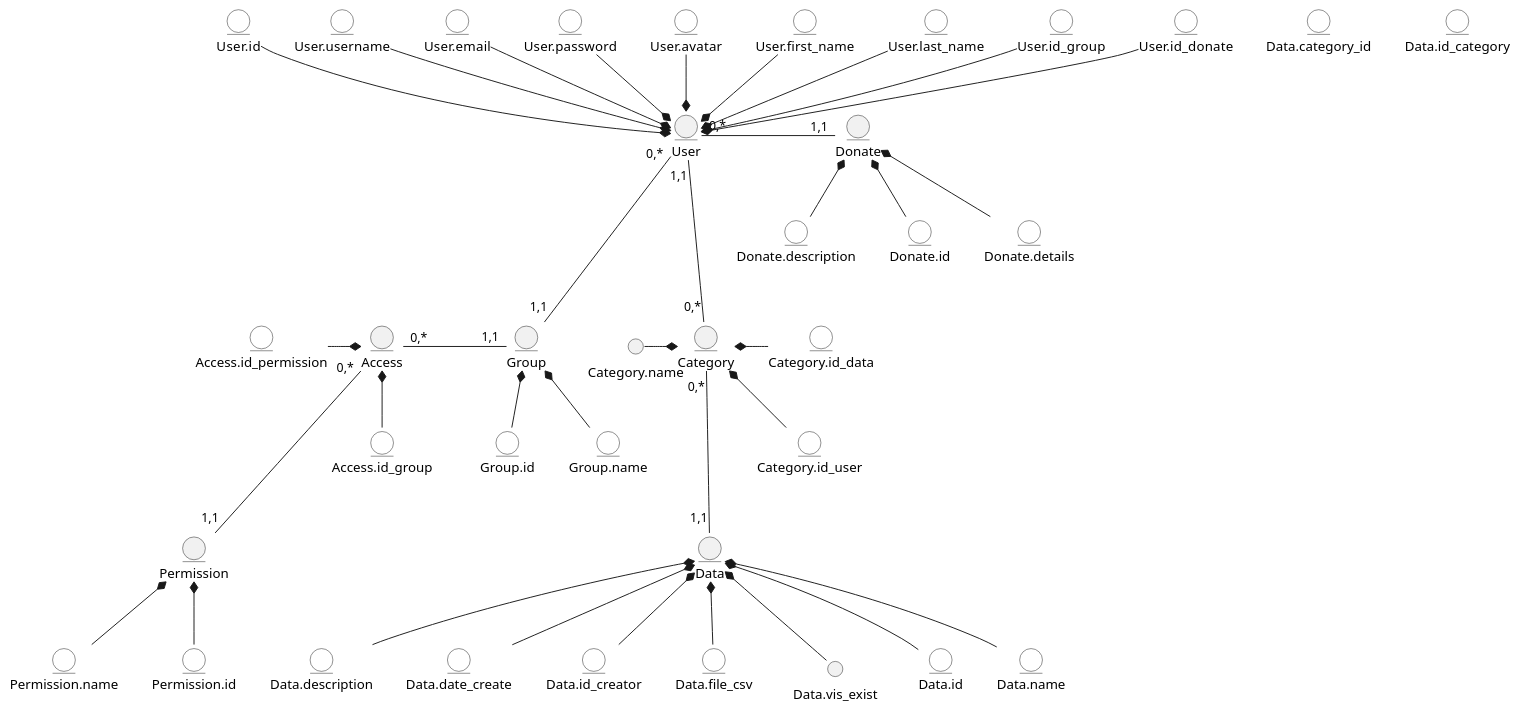
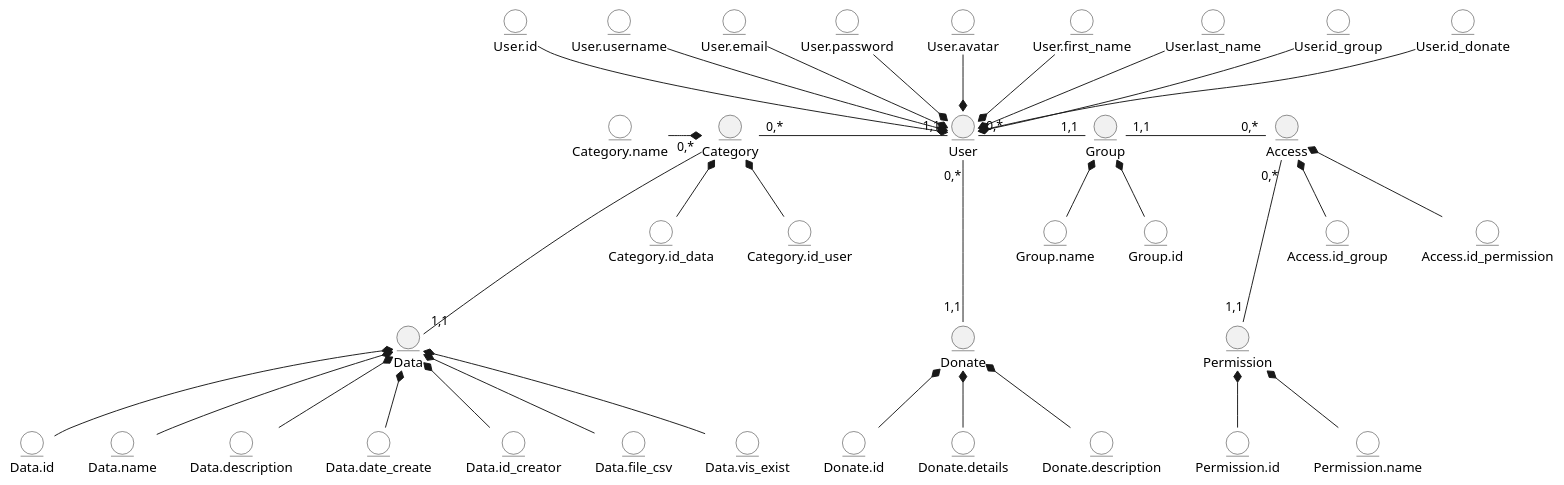
The first of 2 diagrams in docs/design/README.md (Shnaidruk/open_data_management_system), drawn with PlantUML before and after one commit.

Commit message:
Twelveth commit

```diff
--- a/docs/design/README.md
+++ b/docs/design/README.md
@@ -6,5 +6,6 @@
 @startuml
 entity Category
+entity Category.name  #ffffff
 entity Category.id_data  #ffffff
 entity Category.id_user #ffffff 
  
@@ -13,11 +14,10 @@
 entity Data.id  #ffffff 
 entity Data.name  #ffffff 
 entity Data.description  #ffffff 
-entity Data.category_id  #ffffff
 entity Data.date_create #ffffff
 entity Data.id_creator #ffffff
 entity Data.file_csv #ffffff
-entity Data.id_category #ffffff
+entity Data.vis_exist #ffffff
 
 
 
@@ -50,12 +50,12 @@
 entity Donate.details #ffffff 
 entity Donate.description #ffffff 
 
-User "1,1" --d- "0,*" Category
+User "1,1" --l- "0,*" Category
 Category "0,*" -d-- "1,1" Data
-User "0,*" --d- "1,1" Group
-Access "0,*" -r-- "1,1" Group
+User "0,*" --r- "1,1" Group
+Access "0,*" -l-- "1,1" Group
 Access "0,*" -d-- "1,1" Permission
-User "0,*" --r- "1,1" Donate
+User "0,*" --d- "1,1" Donate
 
 User.id  -d-* User
 User.username  -d-* User
@@ -77,14 +77,14 @@
 
 
 Category.name -r-* Category 
-Category.id_data -l-* Category 
+Category.id_data -u-* Category 
 Category.id_user -u-* Category
 
 Group.id -u-* Group
 Group.name -u-* Group
 
 Access.id_group -u-* Access
-Access.id_permission -r-* Access
+Access.id_permission -u-* Access
    
 Permission.id  -u-* Permission
 Permission.name -u-* Permission
```
